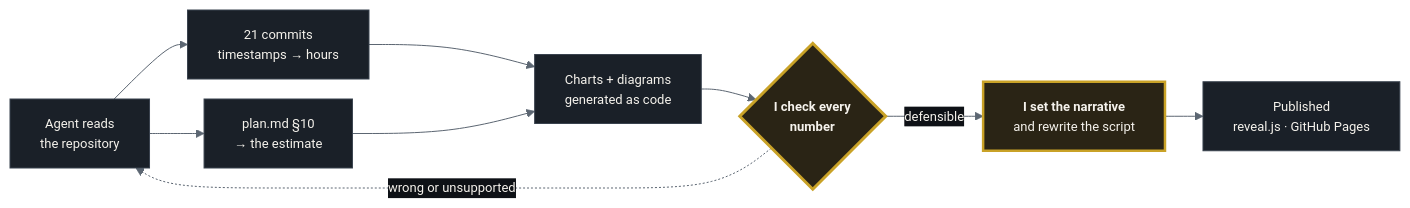
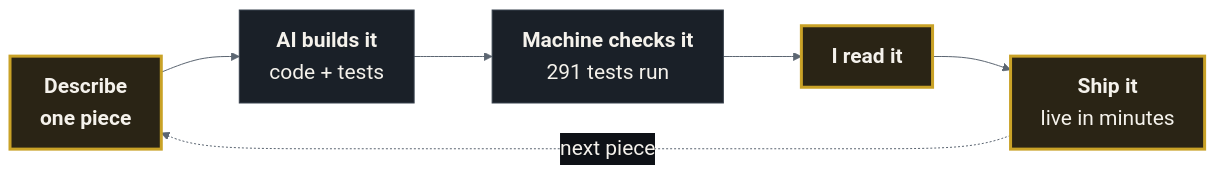
One commit to IHoKo/Quarto_Presentation changed the diagram in ticker.qmd. Above: the diagram before and after it, drawn with Mermaid. The commit also changed other lines of this file and 2 other files, not shown here.

````diff
--- a/ticker.qmd
+++ b/ticker.qmd
@@ -1025,30 +604,23 @@
 ```{mermaid}
 %%{init: {'theme':'base',
   'fontFamily':'Instrument Sans, ui-sans-serif, system-ui, sans-serif',
-  'flowchart':{'htmlLabels':true,'useMaxWidth':true,'curve':'basis','nodeSpacing':20,'rankSpacing':38},
+  'flowchart':{'htmlLabels':true,'useMaxWidth':true,'curve':'basis','nodeSpacing':40,'rankSpacing':78},
   'themeVariables':{
   'background':'#0e1116','primaryColor':'#1a2028','primaryTextColor':'#f5f2ec',
-  'primaryBorderColor':'#232a33','lineColor':'#5c6672','fontSize':'13px',
+  'primaryBorderColor':'#232a33','lineColor':'#5c6672','fontSize':'21px',
   'edgeLabelBackground':'#0e1116'}}}%%
 flowchart LR
-  A["Agent reads<br/>the repository"]
-  B["21 commits<br/>timestamps → hours"]
-  C["plan.md §10<br/>→ the estimate"]
-  D["Charts + diagrams<br/>generated as code"]
-  E{"<b>I check every<br/>number</b>"}
-  F["<b>I set the narrative</b><br/>and rewrite the script"]
-  G["Published<br/>reveal.js · GitHub Pages"]
+  BRIEF["<b>Describe<br/>one piece</b>"]
+  BUILD["<b>AI builds it</b><br/>code + tests"]
+  CHECK["<b>Machine checks it</b><br/>291 tests run"]
+  READ["<b>I read it</b>"]
+  SHIP["<b>Ship it</b><br/>live in minutes"]
 
-  A --> B --> D
-  A --> C --> D
-  D --> E
-  E -. "wrong or unsupported" .-> A
-  E -->|"defensible"| F --> G
+  BRIEF --> BUILD --> CHECK --> READ --> SHIP
+  SHIP -. "next piece" .-> BRIEF
 
+  classDef human fill:#2a2415,stroke:#c9a227,stroke-width:3px,color:#f5f2ec
   classDef agent fill:#1a2028,stroke:#39424e,color:#f5f2ec
-  classDef human fill:#2a2415,stroke:#c9a227,stroke-width:2.5px,color:#f5f2ec
-  classDef gate  fill:#2a2415,stroke:#c9a227,stroke-width:3px,color:#f5f2ec
-  class A,B,C,D,G agent
-  class F human
-  class E gate
+  class BRIEF,READ,SHIP human
+  class BUILD,CHECK agent
 ```
````
